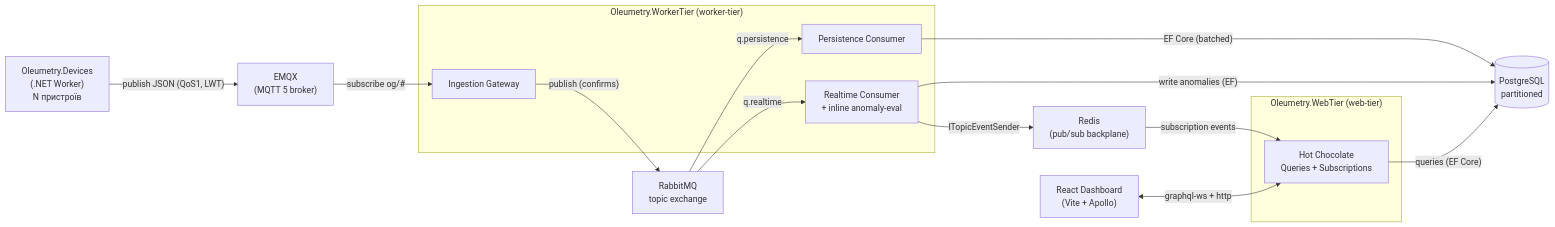
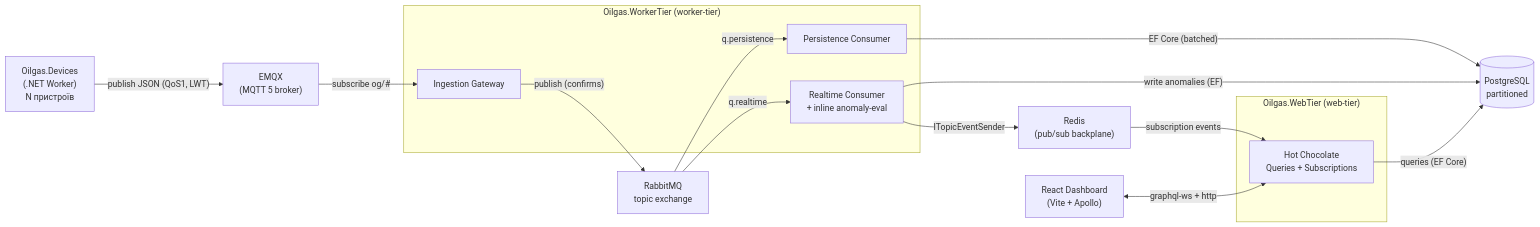
One commit to nasytnyk/oilgas changed the diagram in BRIEF.md. Above: the diagram before and after it, drawn with Mermaid. The commit also changed other lines of this file and 88 other files, not shown here.

Commit message:
refactor: rename project Oleumetry -> Oilgas (code, projects, docs, deploy)

````diff
--- a/BRIEF.md
+++ b/BRIEF.md
@@ -61,29 +61,29 @@
 ```mermaid
 flowchart LR
-    SIM["Oleumetry.Devices<br/>(.NET Worker)<br/>N пристроїв"]
+    SIM["Oilgas.Devices<br/>(.NET Worker)<br/>N пристроїв"]
     BR["EMQX<br/>(MQTT 5 broker)"]
-    subgraph WORKER["Oleumetry.WorkerTier (worker-tier)"]
+    subgraph WORKER["Oilgas.WorkerTier (worker-tier)"]
         ING["Ingestion Gateway"]
         PC["Persistence Consumer"]
         RC["Realtime Consumer<br/>+ inline anomaly-eval"]
     end
     RMQ["RabbitMQ<br/>topic exchange"]
     REDIS["Redis<br/>(pub/sub backplane)"]
-    subgraph WEBTIER["Oleumetry.WebTier (web-tier)"]
+    subgraph WEBTIER["Oilgas.WebTier (web-tier)"]
         GQL["Hot Chocolate<br/>Queries + Subscriptions"]
     end
     PG[("PostgreSQL<br/>partitioned")]
     WEB["React Dashboard<br/>(Vite + Apollo)"]
 
     SIM -- "publish JSON (QoS1, LWT)" --> BR
     BR -- "subscribe og/#" --> ING
     ING -- "publish (confirms)" --> RMQ
     RMQ -- "q.persistence" --> PC
     RMQ -- "q.realtime" --> RC
     PC -- "EF Core (batched)" --> PG
     RC -- "write anomalies (EF)" --> PG
     RC -- "ITopicEventSender" --> REDIS
     REDIS -- "subscription events" --> GQL
     GQL -- "queries (EF Core)" --> PG
     WEB <-- "graphql-ws + http" --> GQL
 ```
````
